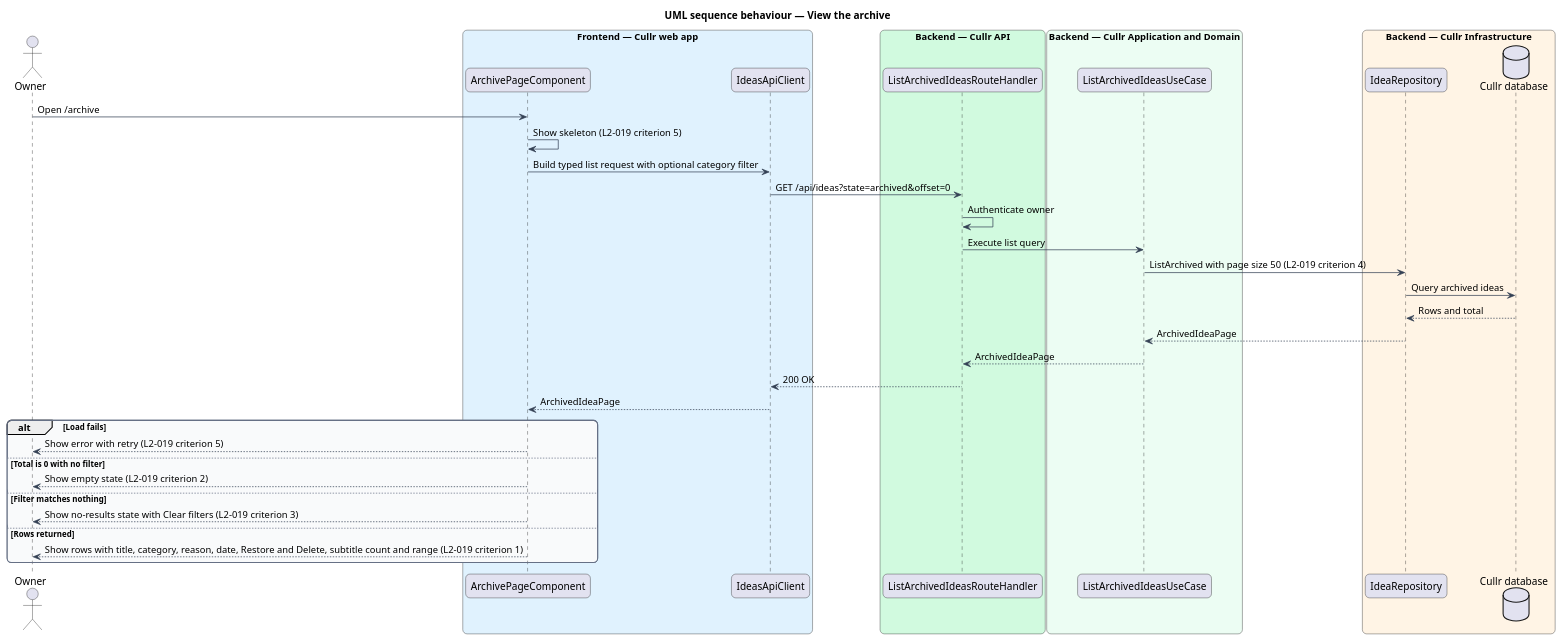
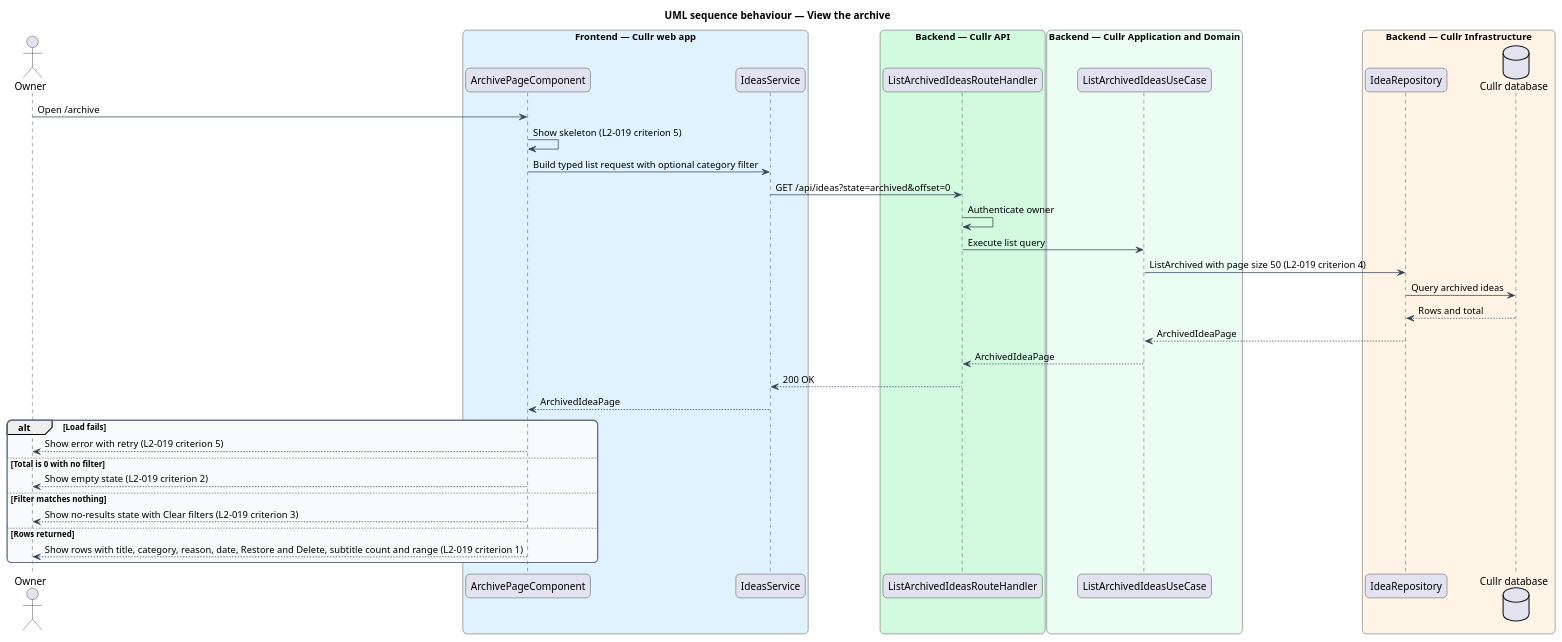
One commit to QuinntyneBrown/cullr changed the diagram in docs/detailed-designs/archive/view-archive/diagrams/sequence-list.puml. Above: the diagram before and after it, drawn with PlantUML. The commit also changed 231 other files, not shown here.

```diff
--- a/docs/detailed-designs/archive/view-archive/diagrams/sequence-list.puml
+++ b/docs/detailed-designs/archive/view-archive/diagrams/sequence-list.puml
@@ -1,54 +1,54 @@
 @startuml
 title UML sequence behaviour — View the archive
 skinparam backgroundColor #FFFFFF
 skinparam shadowing false
 skinparam roundcorner 12
 skinparam defaultFontName Arial
 skinparam ArrowColor #344054
 skinparam rectangle {
   BorderColor #344054
   FontColor #101828
 }
 skinparam package {
   BorderColor #667085
   FontColor #101828
   BackgroundColor #F9FAFB
 }
 actor "Owner" as actor
 box "Frontend — Cullr web app" #E0F2FE
   participant "ArchivePageComponent" as page
-  participant "IdeasApiClient" as client
+  participant "IdeasService" as client
 end box
 box "Backend — Cullr API" #D1FADF
   participant "ListArchivedIdeasRouteHandler" as handler
 end box
 box "Backend — Cullr Application and Domain" #ECFDF3
   participant "ListArchivedIdeasUseCase" as usecase
 end box
 box "Backend — Cullr Infrastructure" #FFF4E5
   participant "IdeaRepository" as repo
   database "Cullr database" as db
 end box
 actor -> page : Open /archive
 page -> page : Show skeleton (L2-019 criterion 5)
 page -> client : Build typed list request with optional category filter
 client -> handler : GET /api/ideas?state=archived&offset=0
 handler -> handler : Authenticate owner
 handler -> usecase : Execute list query
 usecase -> repo : ListArchived with page size 50 (L2-019 criterion 4)
 repo -> db : Query archived ideas
 db --> repo : Rows and total
 repo --> usecase : ArchivedIdeaPage
 usecase --> handler : ArchivedIdeaPage
 handler --> client : 200 OK
 client --> page : ArchivedIdeaPage
 alt Load fails
   page --> actor : Show error with retry (L2-019 criterion 5)
 else Total is 0 with no filter
   page --> actor : Show empty state (L2-019 criterion 2)
 else Filter matches nothing
   page --> actor : Show no-results state with Clear filters (L2-019 criterion 3)
 else Rows returned
   page --> actor : Show rows with title, category, reason, date, Restore and Delete, subtitle count and range (L2-019 criterion 1)
 end
 @enduml
```
